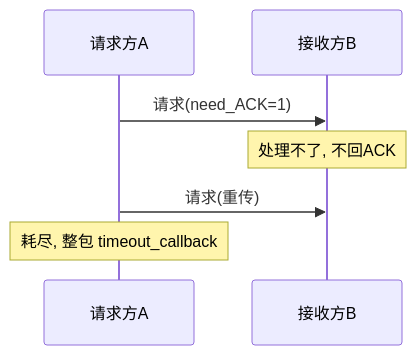
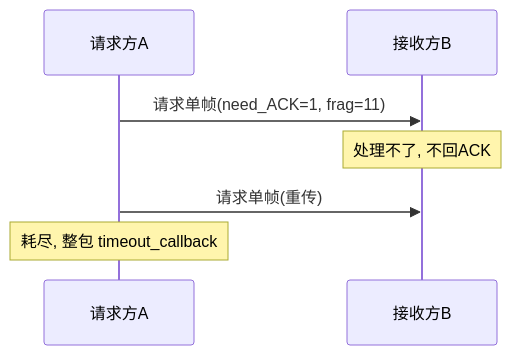
One commit to Siaiai/ObsidianNote changed diagram 11 of 13 in 工作/项目/代码/260401S3分拣面板-SIA-R9000P.md. Above: the diagram before and after it, drawn with Mermaid. The commit also changed other lines of this file, not shown here.

````diff
--- a/工作/项目/代码/260401S3分拣面板-SIA-R9000P.md
+++ b/工作/项目/代码/260401S3分拣面板-SIA-R9000P.md
@@ -205,9 +247,9 @@
 ```mermaid
 sequenceDiagram
     participant A as 请求方A
     participant B as 接收方B
-    A->>B: 请求(need_ACK=1)
+    A->>B: 请求单帧(need_ACK=1, frag=11)
     Note over B: 处理不了, 不回ACK
-    A->>B: 请求(重传)
+    A->>B: 请求单帧(重传)
     Note over A: 耗尽, 整包 timeout_callback
 ```
````
